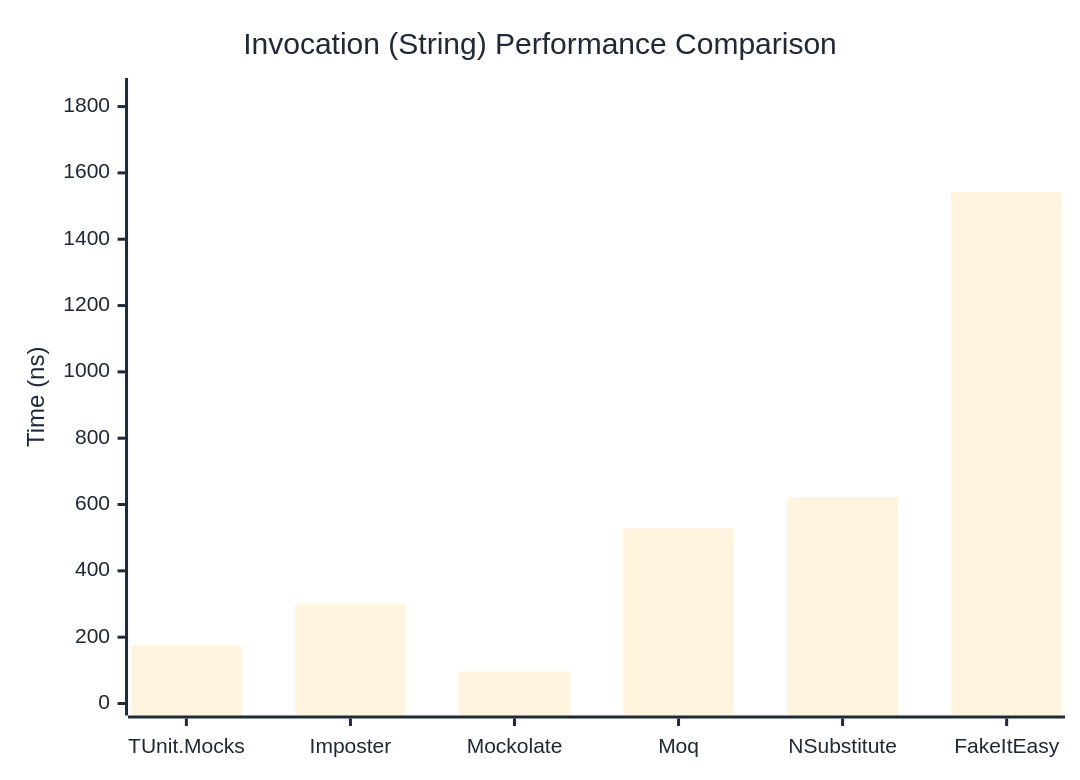
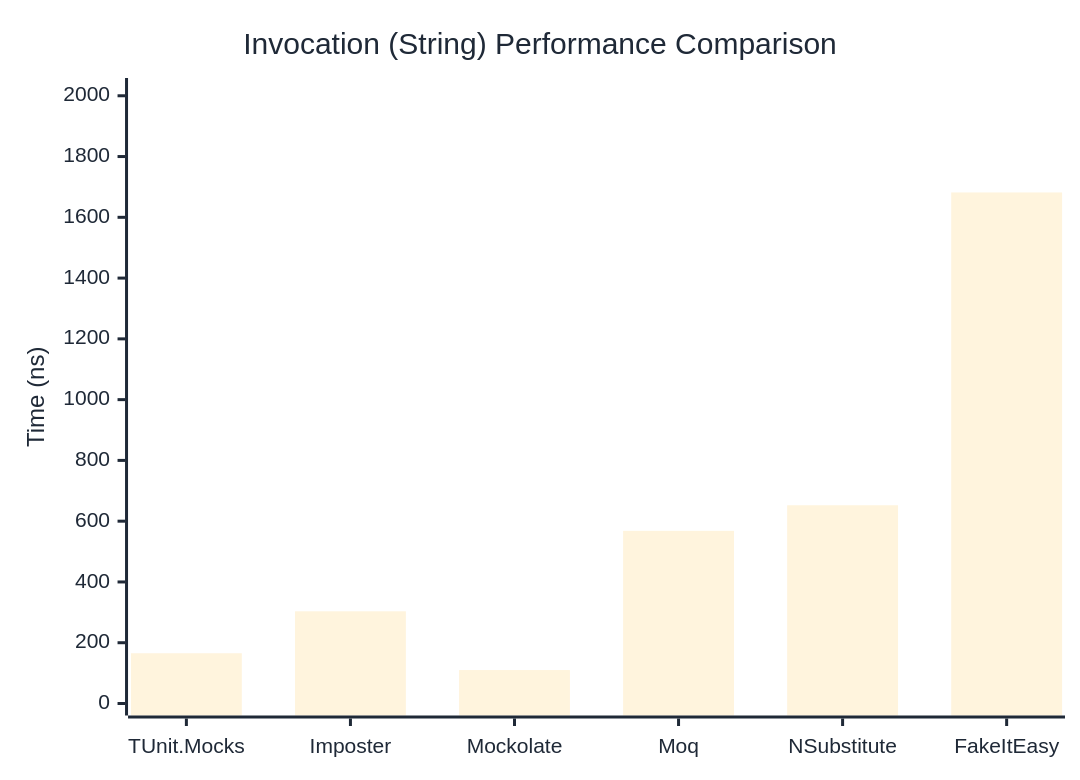
One commit to thomhurst/TUnit changed the second of 3 diagrams in docs/docs/benchmarks/mocks/Invocation.md. Above: the diagram before and after it, drawn with Mermaid. The commit also changed other lines of this file and 14 other files, not shown here.

````diff
--- a/docs/docs/benchmarks/mocks/Invocation.md
+++ b/docs/docs/benchmarks/mocks/Invocation.md
@@ -71,27 +71,27 @@
 ```mermaid
 %%{init: {
   'theme':'base',
   'themeVariables': {
     'primaryColor': '#2563eb',
     'primaryTextColor': '#1f2937',
     'primaryBorderColor': '#1e40af',
     'lineColor': '#6b7280',
     'secondaryColor': '#7c3aed',
     'tertiaryColor': '#dc2626',
     'background': '#ffffff',
     'pie1': '#2563eb',
     'pie2': '#7c3aed',
     'pie3': '#dc2626',
     'pie4': '#f59e0b',
     'pie5': '#10b981',
     'pie6': '#06b6d4',
     'pie7': '#ec4899',
     'pie8': '#6366f1'
   }
 }}%%
 xychart-beta
   title "Invocation (String) Performance Comparison"
   x-axis ["TUnit.Mocks", "Imposter", "Mockolate", "Moq", "NSubstitute", "FakeItEasy"]
-  y-axis "Time (ns)" 0 --> 1850
-  bar [175.33, 298.8, 96.88, 528.23, 621.74, 1541.55]
+  y-axis "Time (ns)" 0 --> 2019
+  bar [165.4, 303.4, 110.1, 568.2, 652.4, 1681.9]
 ```
````
